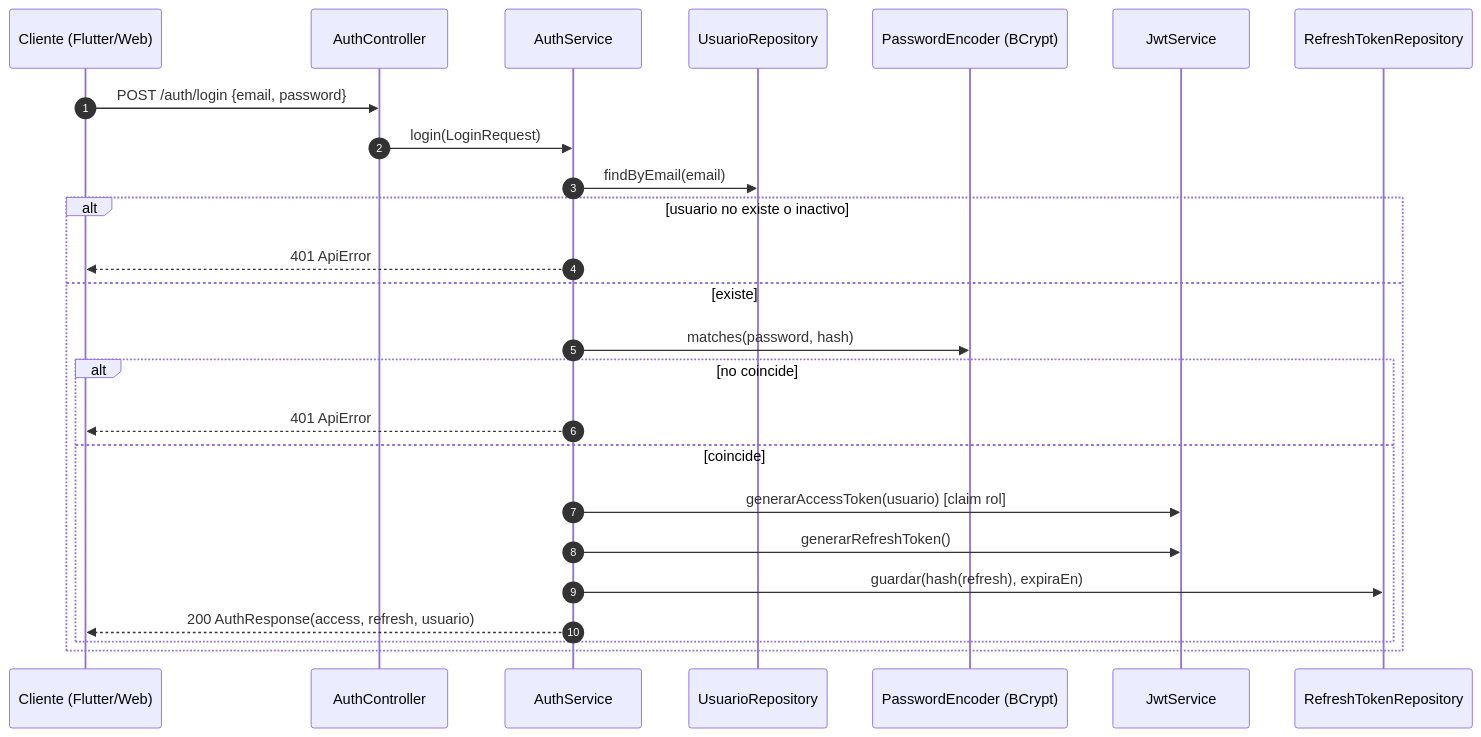
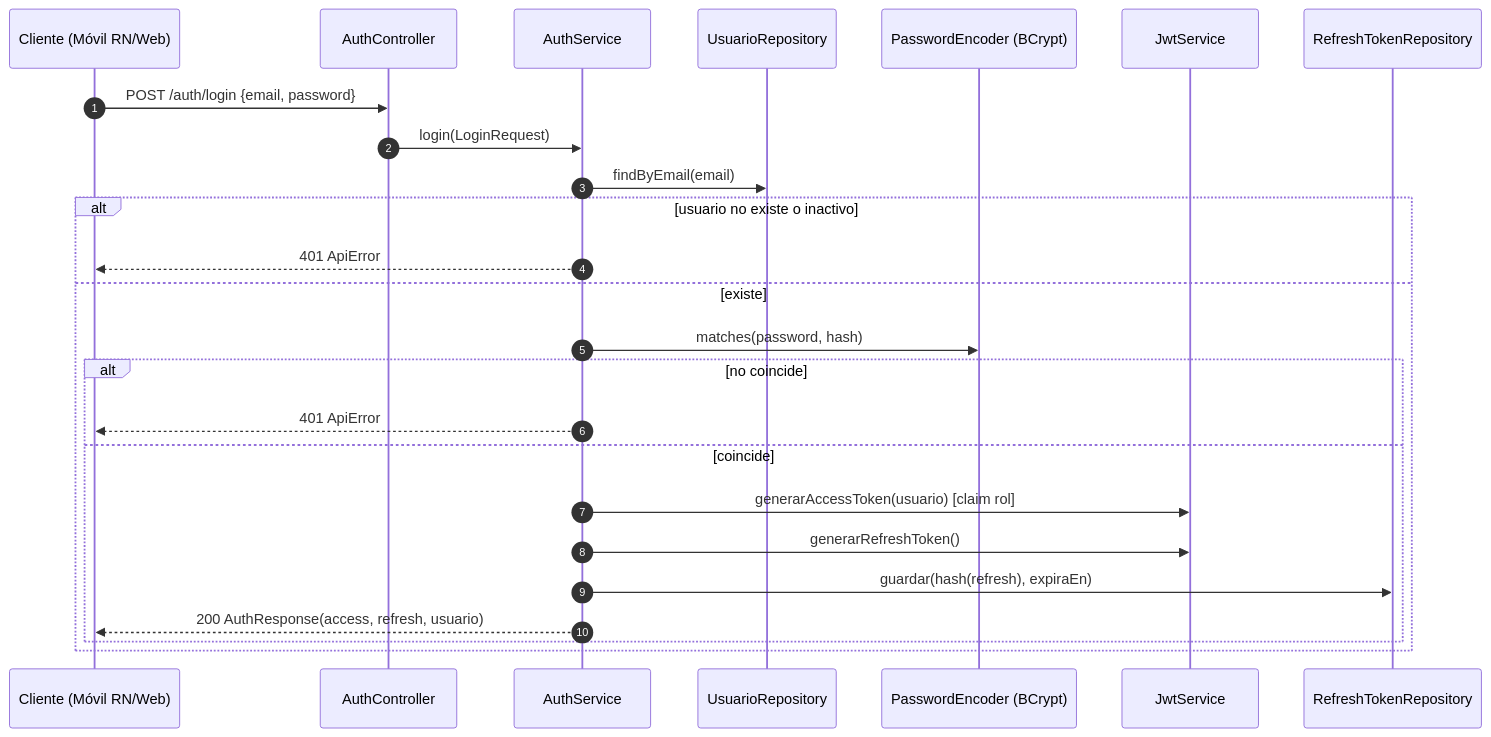
Before and after one commit to tony-gz/estacion-meteorologica-iot: the sixth of 11 diagrams in specs/001-weatherstation-backend/diagramas.md, drawn with Mermaid. The commit also changed other lines of this file and 54 other files, not shown here.

First line of the commit message:
feat(spec): app móvil React Native (spec 002) y retiro de Flutter/Firebase

````diff
--- a/specs/001-weatherstation-backend/diagramas.md
+++ b/specs/001-weatherstation-backend/diagramas.md
@@ -219,28 +219,28 @@
 ```mermaid
 sequenceDiagram
     autonumber
-    participant Cli as Cliente (Flutter/Web)
+    participant Cli as Cliente (Móvil RN/Web)
     participant AC as AuthController
     participant AS as AuthService
     participant UR as UsuarioRepository
     participant PE as PasswordEncoder (BCrypt)
     participant JS as JwtService
     participant TR as RefreshTokenRepository
 
     Cli->>AC: POST /auth/login {email, password}
     AC->>AS: login(LoginRequest)
     AS->>UR: findByEmail(email)
     alt usuario no existe o inactivo
         AS-->>Cli: 401 ApiError
     else existe
         AS->>PE: matches(password, hash)
         alt no coincide
             AS-->>Cli: 401 ApiError
         else coincide
             AS->>JS: generarAccessToken(usuario) [claim rol]
             AS->>JS: generarRefreshToken()
             AS->>TR: guardar(hash(refresh), expiraEn)
             AS-->>Cli: 200 AuthResponse(access, refresh, usuario)
         end
     end
 ```
````
